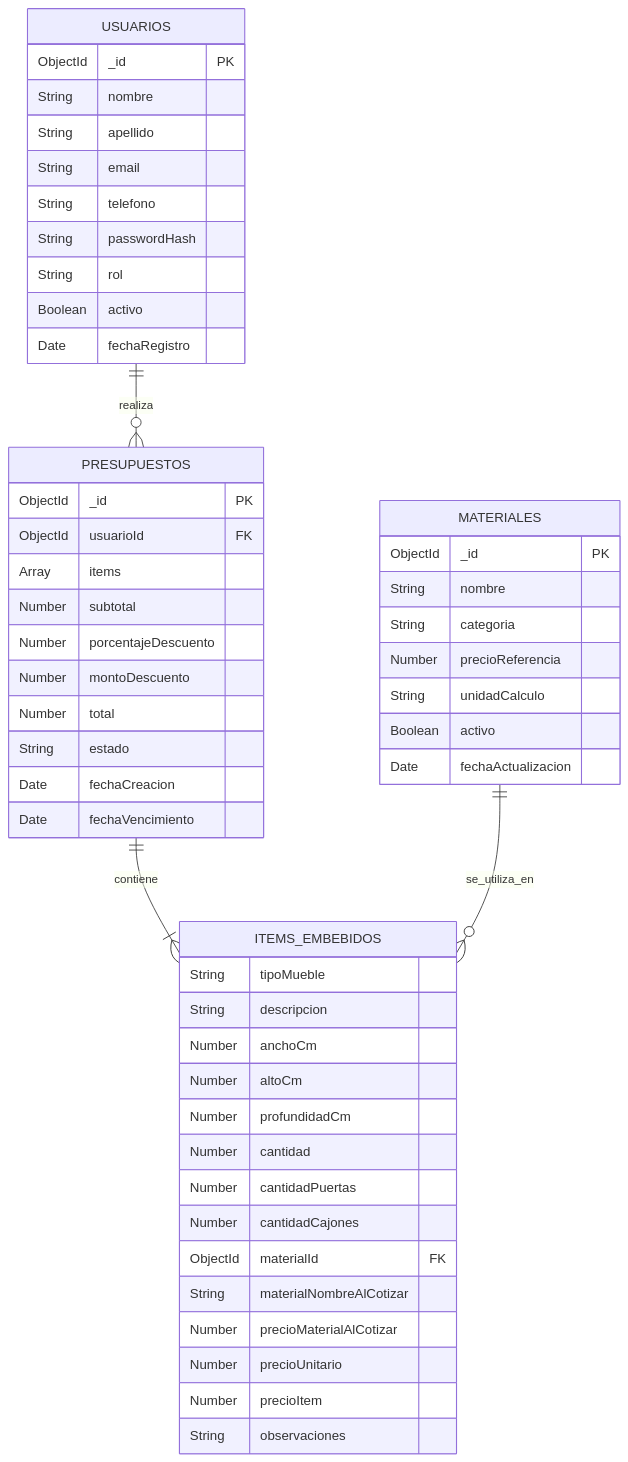
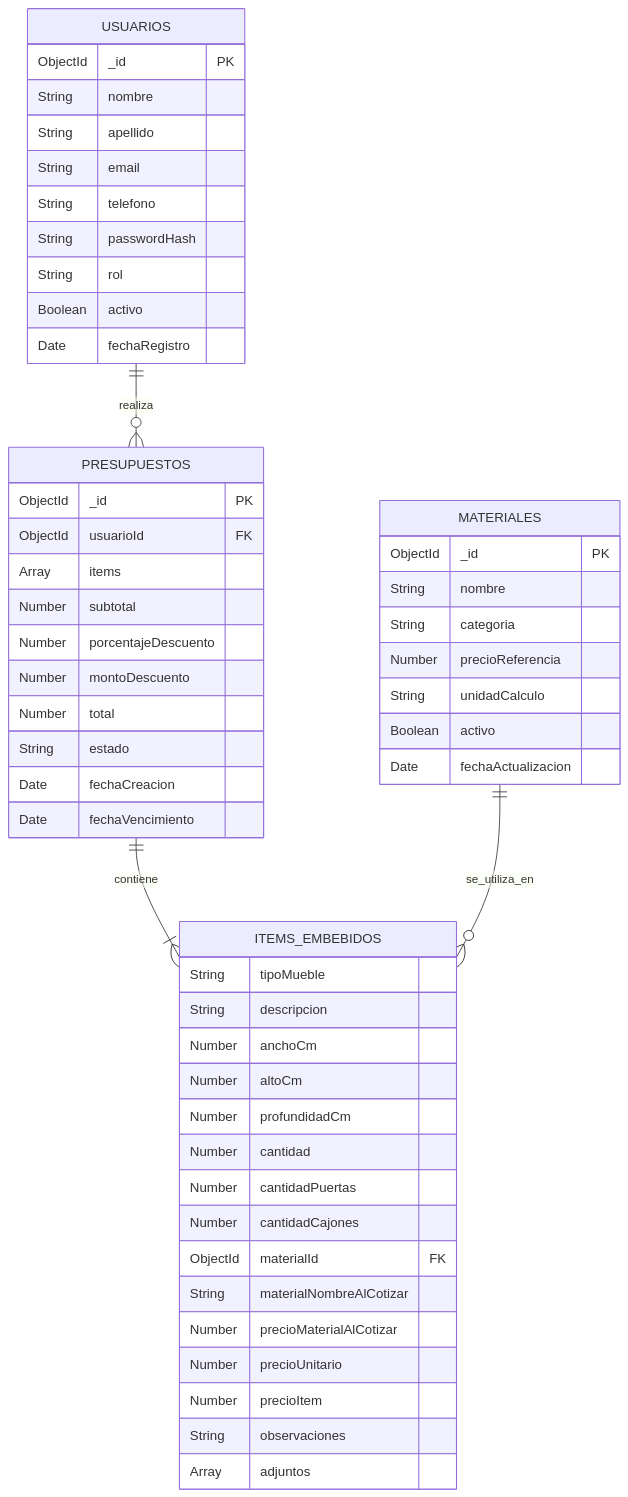
Before and after one commit to CassiaRe/isasi-backend: the diagram in DOCS/tp-intermedio-backend.md, drawn with Mermaid. The commit also changed other lines of this file, not shown here.

````diff
--- a/DOCS/tp-intermedio-backend.md
+++ b/DOCS/tp-intermedio-backend.md
@@ -129,59 +128,60 @@
 ```mermaid
 erDiagram
 
     USUARIOS ||--o{ PRESUPUESTOS : realiza
     PRESUPUESTOS ||--|{ ITEMS_EMBEBIDOS : contiene
     MATERIALES ||--o{ ITEMS_EMBEBIDOS : se_utiliza_en
 
     USUARIOS {
         ObjectId _id PK
         String nombre
         String apellido
         String email
         String telefono
         String passwordHash
         String rol
         Boolean activo
         Date fechaRegistro
     }
 
     MATERIALES {
         ObjectId _id PK
         String nombre
         String categoria
         Number precioReferencia
         String unidadCalculo
         Boolean activo
         Date fechaActualizacion
     }
 
     PRESUPUESTOS {
         ObjectId _id PK
         ObjectId usuarioId FK
         Array items
         Number subtotal
         Number porcentajeDescuento
         Number montoDescuento
         Number total
         String estado
         Date fechaCreacion
         Date fechaVencimiento
     }
 
     ITEMS_EMBEBIDOS {
         String tipoMueble
         String descripcion
         Number anchoCm
         Number altoCm
         Number profundidadCm
         Number cantidad
         Number cantidadPuertas
         Number cantidadCajones
         ObjectId materialId FK
         String materialNombreAlCotizar
         Number precioMaterialAlCotizar
         Number precioUnitario
         Number precioItem
         String observaciones
+        Array adjuntos
     }
 ```
````
